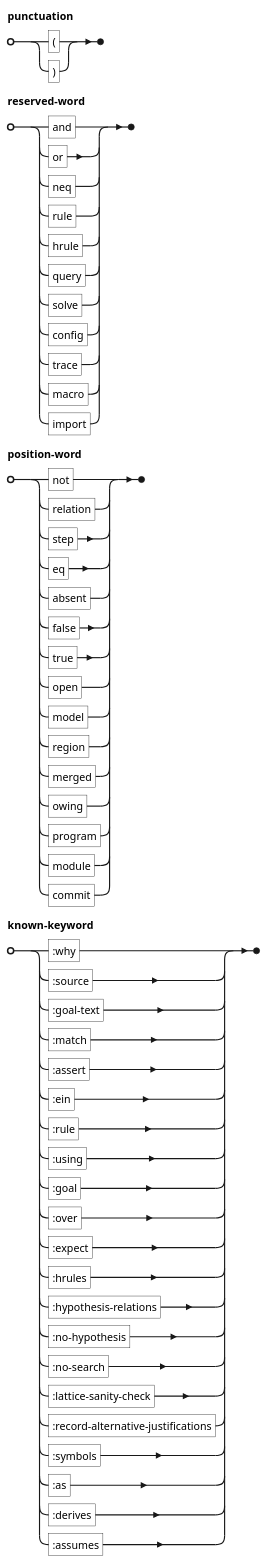
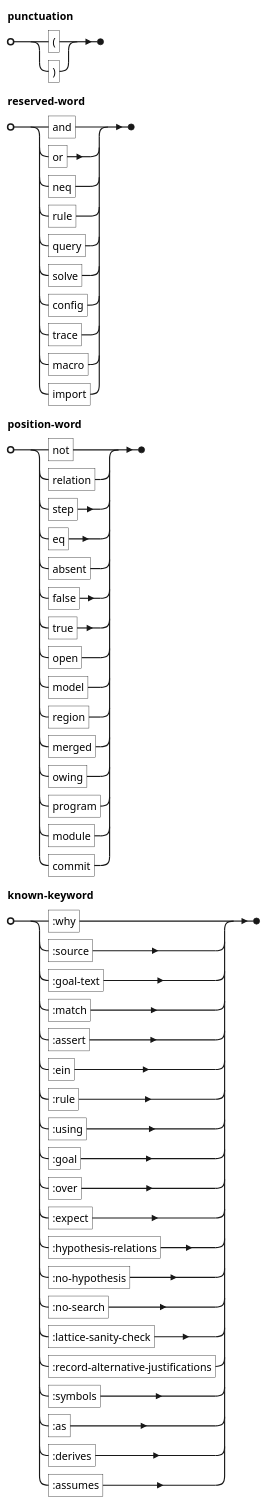
The diagram in docs/ein/user/04-reference/diagrams/01-grammar-lexical-own-text.puml (agutikov/ein), drawn with PlantUML before and after one commit. The commit also changed 119 other files, not shown here.

First line of the commit message:
The pages and the decisions say a hypothesis rule is a rule that concludes (open F), activated by the facts of its name a program writes, with no hrule form and no :hrules clause; Q-M1f.567 filed (S1f.21.18, task 4).

```diff
--- a/docs/ein/user/04-reference/diagrams/01-grammar-lexical-own-text.puml
+++ b/docs/ein/user/04-reference/diagrams/01-grammar-lexical-own-text.puml
@@ -1,14 +1,13 @@
 @startebnf
 punctuation = "(" | ")" ;
 reserved-word =
-    "and" | "or" | "neq" | "rule" | "hrule" | "query" | "solve" | "config" | "trace" | "macro"
-  | "import" ;
+  "and" | "or" | "neq" | "rule" | "query" | "solve" | "config" | "trace" | "macro" | "import" ;
 position-word =
     "not" | "relation" | "step" | "eq" | "absent" | "false" | "true" | "open" | "model" | "region"
   | "merged" | "owing" | "program" | "module" | "commit" ;
 known-keyword =
     ":why" | ":source" | ":goal-text" | ":match" | ":assert" | ":ein" | ":rule" | ":using" | ":goal"
-  | ":over" | ":expect" | ":hrules" | ":hypothesis-relations" | ":no-hypothesis" | ":no-search"
+  | ":over" | ":expect" | ":hypothesis-relations" | ":no-hypothesis" | ":no-search"
   | ":lattice-sanity-check" | ":record-alternative-justifications" | ":symbols" | ":as" | ":derives"
   | ":assumes" ;
 @endebnf
```
